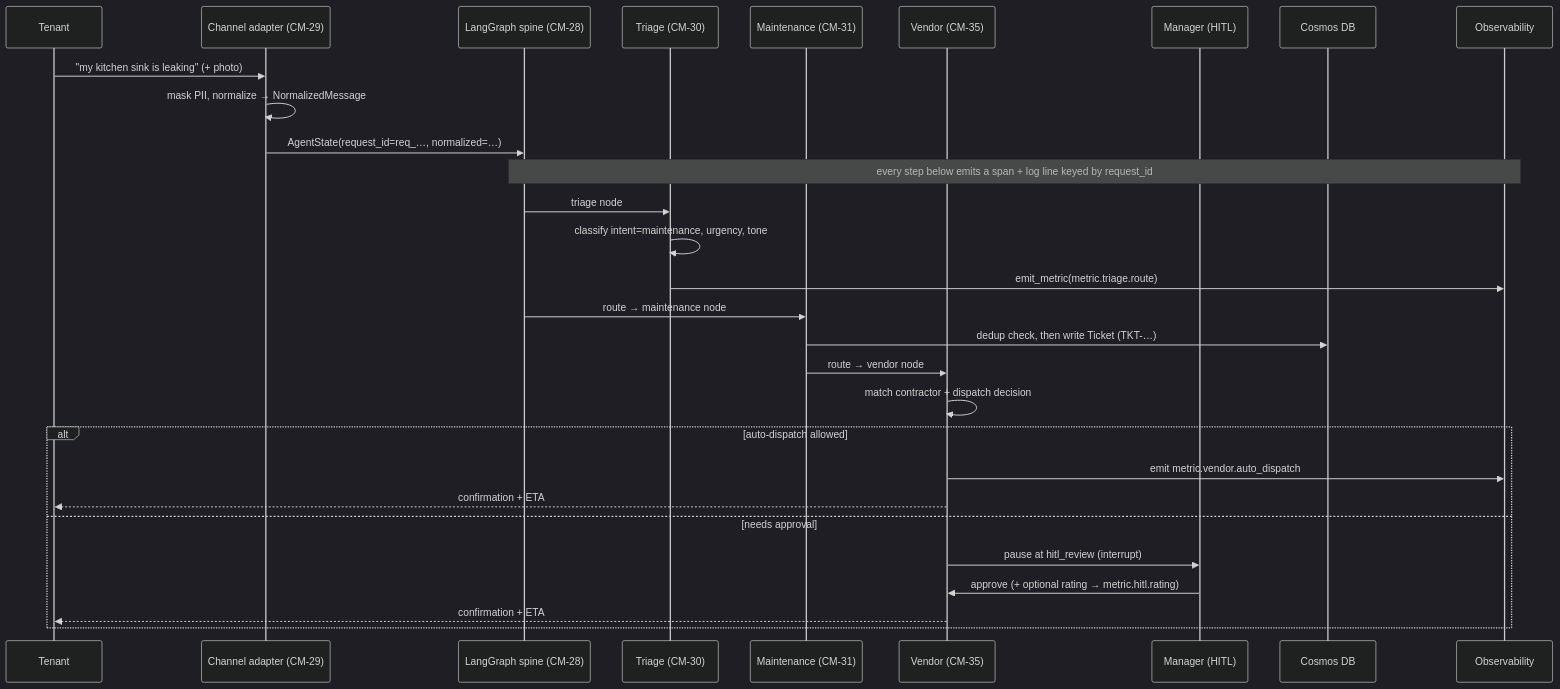
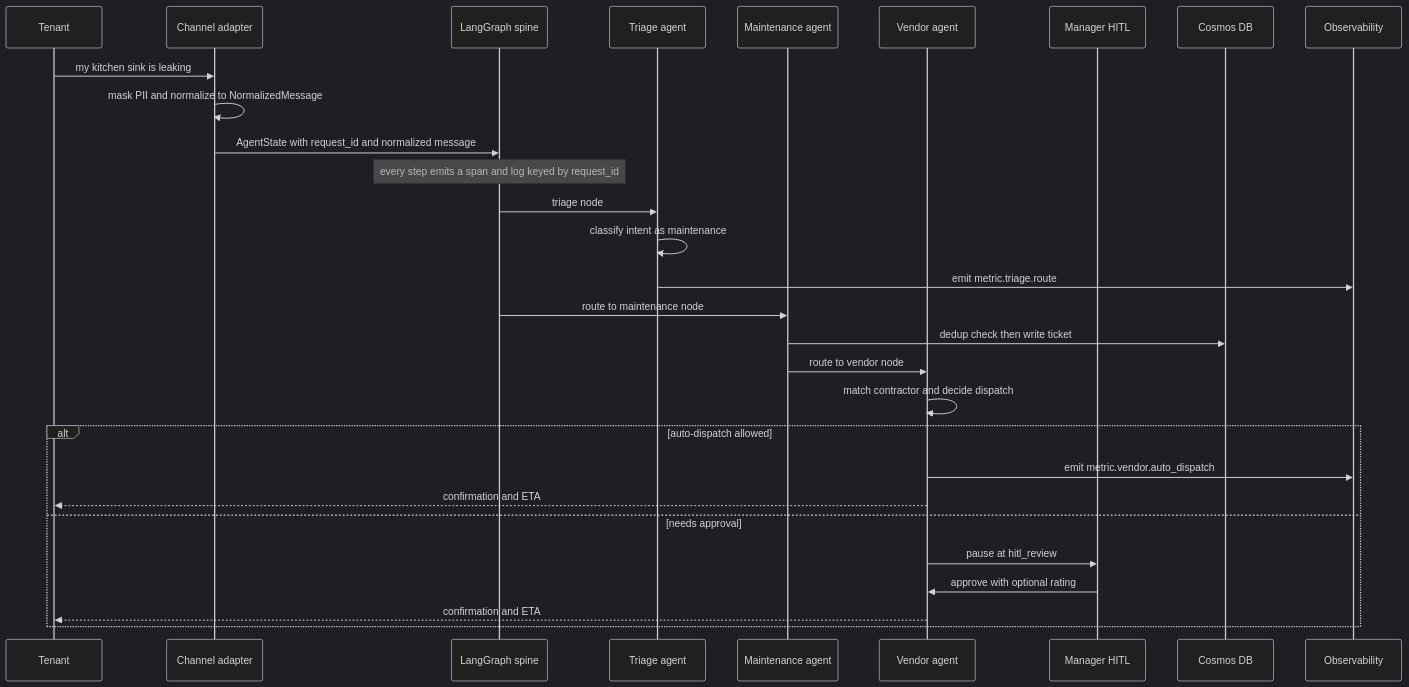
Before and after one commit to dharmendra-verma/CondoManager: the second of 2 diagrams in docs/ARCHITECTURE.md, drawn with Mermaid (dark theme). The commit also changed other lines of this file and 1 other file, not shown here.

First line of the commit message:
docs: fix all Mermaid diagrams for VS Code renderer compatibility

````diff
--- a/docs/ARCHITECTURE.md
+++ b/docs/ARCHITECTURE.md
@@ -84,32 +79,32 @@
 ```mermaid
 sequenceDiagram
     participant T as Tenant
-    participant CH as Channel adapter (CM-29)
-    participant GR as LangGraph spine (CM-28)
-    participant TR as Triage (CM-30)
-    participant MA as Maintenance (CM-31)
-    participant VE as Vendor (CM-35)
-    participant HU as Manager (HITL)
+    participant CH as Channel adapter
+    participant GR as LangGraph spine
+    participant TR as Triage agent
+    participant MA as Maintenance agent
+    participant VE as Vendor agent
+    participant HU as Manager HITL
     participant DB as Cosmos DB
     participant OB as Observability
 
-    T->>CH: "my kitchen sink is leaking" (+ photo)
-    CH->>CH: mask PII, normalize → NormalizedMessage
-    CH->>GR: AgentState(request_id=req_…, normalized=…)
-    Note over GR,OB: every step below emits a span + log line keyed by request_id
+    T->>CH: my kitchen sink is leaking
+    CH->>CH: mask PII and normalize to NormalizedMessage
+    CH->>GR: AgentState with request_id and normalized message
+    Note over GR: every step emits a span and log keyed by request_id
     GR->>TR: triage node
-    TR->>TR: classify intent=maintenance, urgency, tone
-    TR->>OB: emit_metric(metric.triage.route)
-    GR->>MA: route → maintenance node
-    MA->>DB: dedup check, then write Ticket (TKT-…)
-    MA->>VE: route → vendor node
-    VE->>VE: match contractor + dispatch decision
+    TR->>TR: classify intent as maintenance
+    TR->>OB: emit metric.triage.route
+    GR->>MA: route to maintenance node
+    MA->>DB: dedup check then write ticket
+    MA->>VE: route to vendor node
+    VE->>VE: match contractor and decide dispatch
     alt auto-dispatch allowed
         VE->>OB: emit metric.vendor.auto_dispatch
-        VE-->>T: confirmation + ETA
+        VE-->>T: confirmation and ETA
     else needs approval
-        VE->>HU: pause at hitl_review (interrupt)
-        HU->>VE: approve (+ optional rating → metric.hitl.rating)
-        VE-->>T: confirmation + ETA
+        VE->>HU: pause at hitl_review
+        HU->>VE: approve with optional rating
+        VE-->>T: confirmation and ETA
     end
 ```
````
